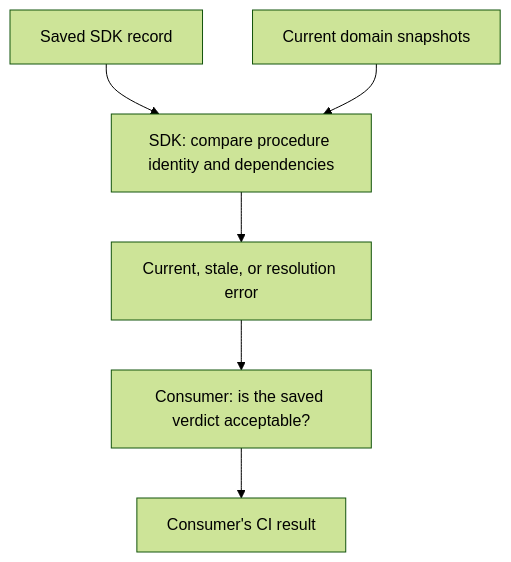
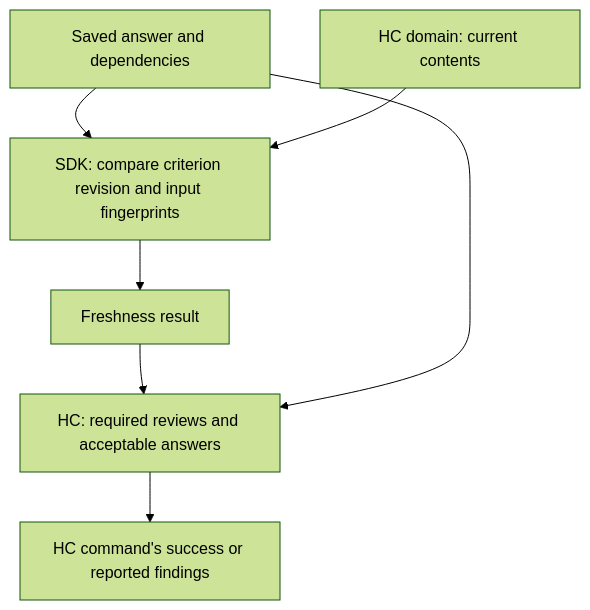
Before and after one commit to nikomatsakis/habeas-codicem: the second of 3 diagrams in md/requirements/sdk/habeas.md, drawn with Mermaid (forest theme). The commit also changed other lines of this file and 38 other files, not shown here.

````diff
--- a/md/requirements/sdk/habeas.md
+++ b/md/requirements/sdk/habeas.md
@@ -134,8 +139,9 @@
 ```mermaid
 flowchart TD
-    R["Saved SDK record"] --> F["SDK: compare procedure identity and dependencies"]
-    Current["Current domain snapshots"] --> F
-    F --> State["Current, stale, or resolution error"]
-    State --> H["Consumer: is the saved verdict acceptable?"]
-    H --> CI["Consumer's CI result"]
+    Saved["Saved answer and dependencies"] --> Check["SDK: compare criterion revision and input fingerprints"]
+    Current["HC domain: current contents"] --> Check
+    Check --> State["Freshness result"]
+    State --> Policy["HC: required reviews and acceptable answers"]
+    Saved --> Policy
+    Policy --> Command["HC command's success or reported findings"]
 ```
````
